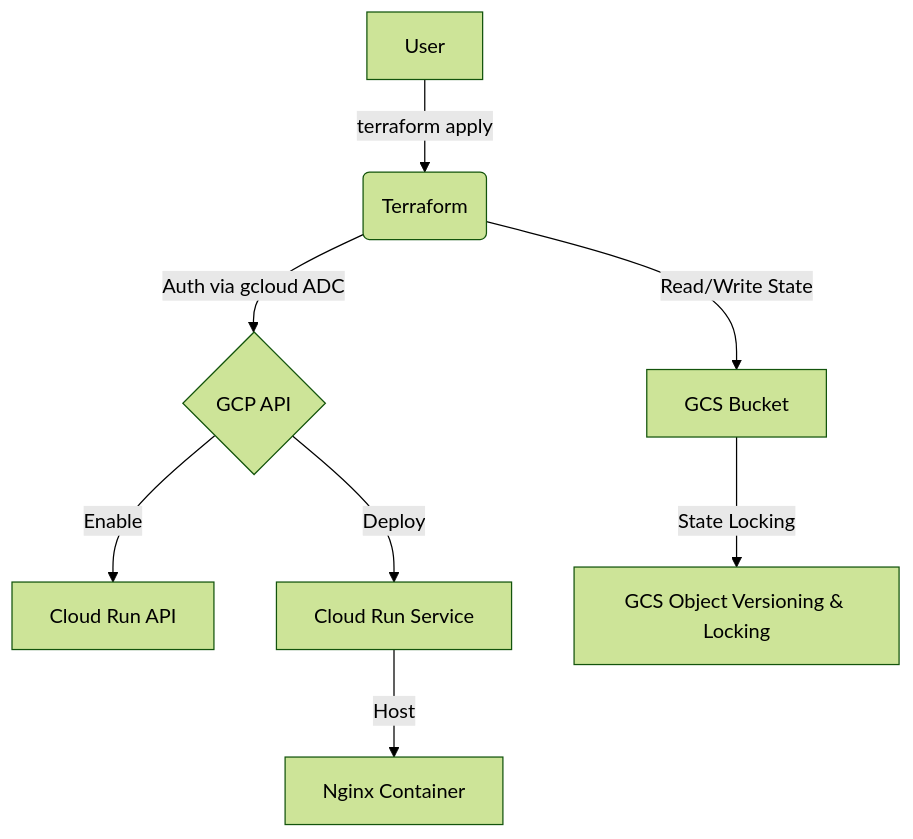
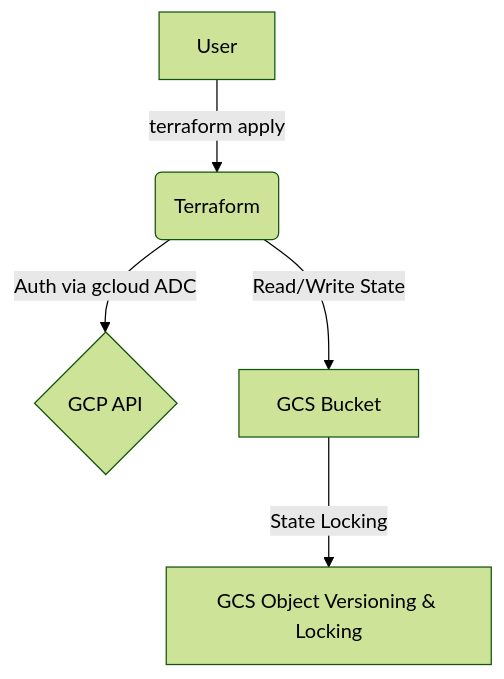
One commit to marcuwynu23/terraform-remote-state-locking changed the first of 7 diagrams in README.md. Above: the diagram before and after it, drawn with Mermaid (forest theme). The commit also changed other lines of this file, not shown here.

````diff
--- a/README.md
+++ b/README.md
@@ -14,10 +14,7 @@
 ```mermaid
 graph TD
     A[User] -->|terraform apply| B(Terraform)
     B -->|Auth via gcloud ADC| C{GCP API}
-    C -->|Enable| E[Cloud Run API]
-    C -->|Deploy| D[Cloud Run Service]
-    D -->|Host| F[Nginx Container]
     B -->|Read/Write State| G[GCS Bucket]
     G -->|State Locking| H[GCS Object Versioning & Locking]
 ```
````
